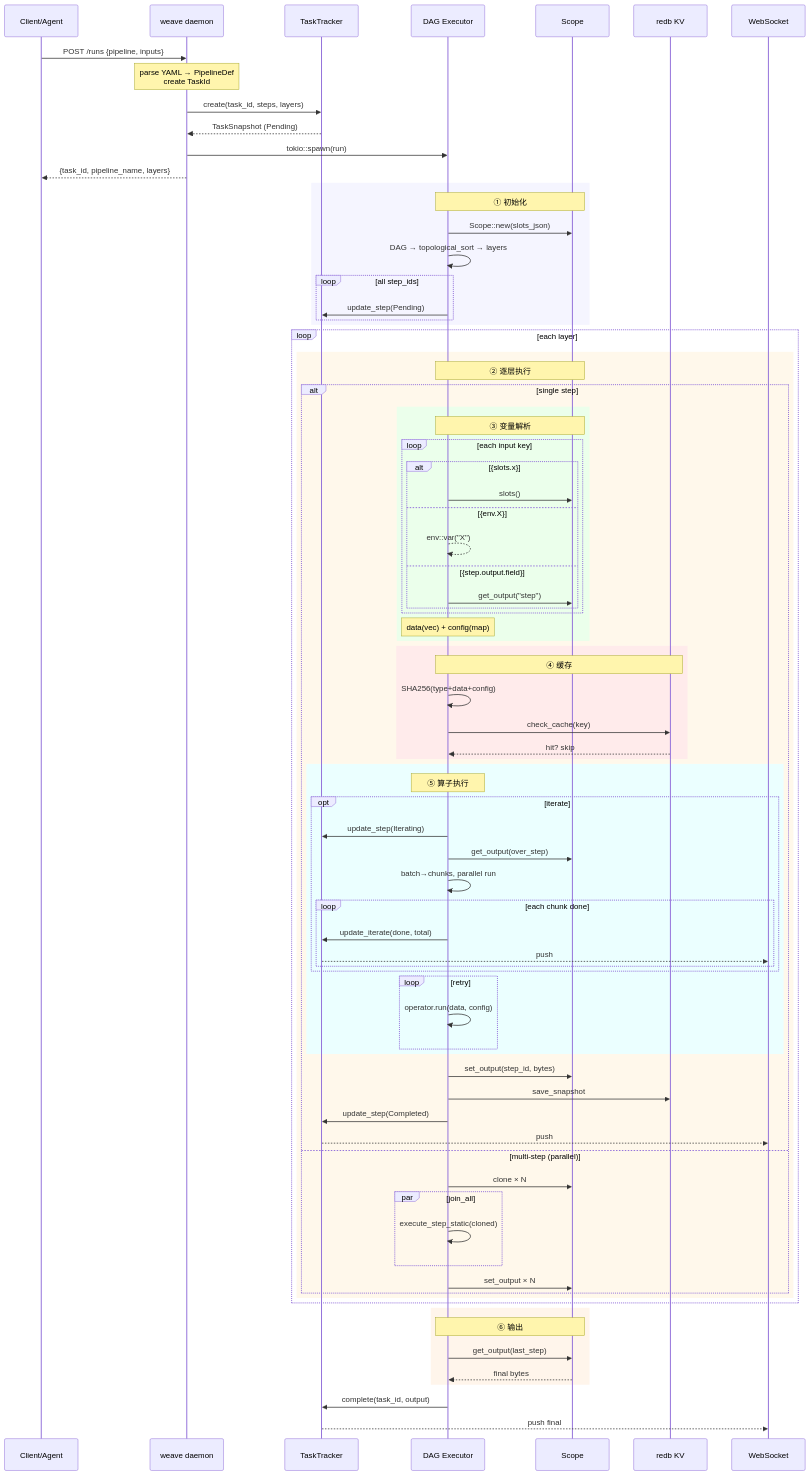
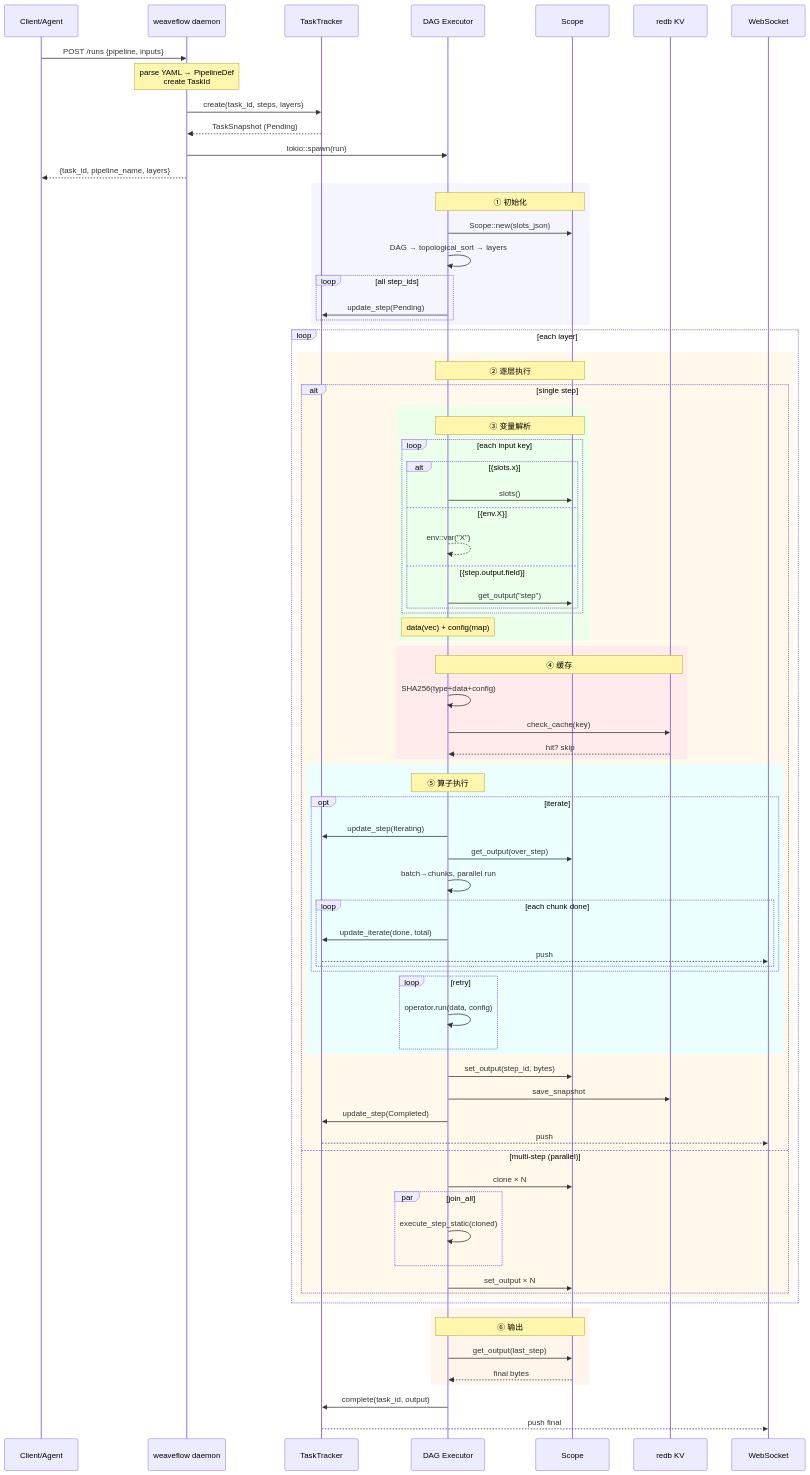
One commit to RuofengX/weaveflow changed the second of 2 diagrams in README.md. Above: the diagram before and after it, drawn with Mermaid. The commit also changed other lines of this file and 44 other files, not shown here.

First line of the commit message:
refactor: crate 更名 weave → weaveflow(用户发起,全仓机械替换)

````diff
--- a/README.md
+++ b/README.md
@@ -17,7 +17,7 @@
 ```mermaid
 sequenceDiagram
     participant Client as Client/Agent
-    participant Daemon as weave daemon
+    participant Daemon as weaveflow daemon
     participant Tracker as TaskTracker
     participant Executor as DAG Executor
     participant Scope as Scope
````
